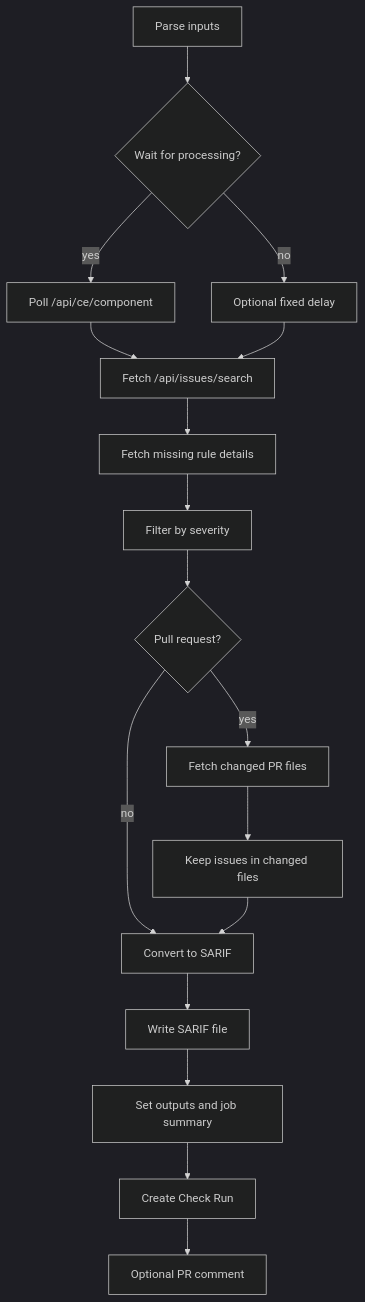
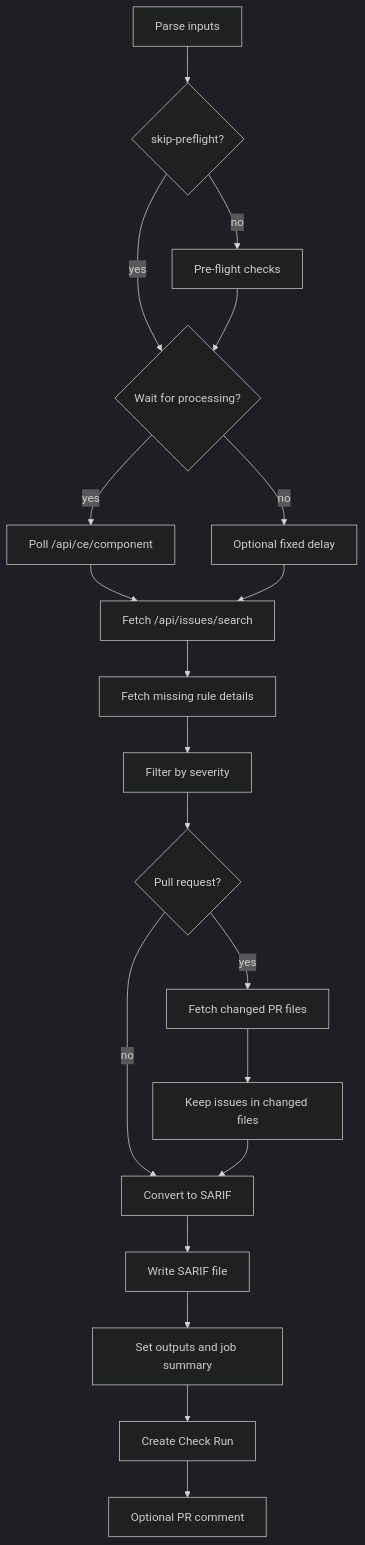
The diagram in docs/RFC-001-technical-design.md (vmvarela/sonarqube-sarif), drawn with Mermaid (dark theme) before and after one commit. The commit also changed other lines of this file and 1 other file, not shown here.

First line of the commit message:
docs: reflect pre-flight validation in README and RFC-001

````diff
--- a/docs/RFC-001-technical-design.md
+++ b/docs/RFC-001-technical-design.md
@@ -39,19 +40,22 @@
 ```mermaid
 flowchart TD
-    A[Parse inputs] --> B{Wait for processing?}
-    B -->|yes| C[Poll /api/ce/component]
-    B -->|no| D[Optional fixed delay]
-    C --> E[Fetch /api/issues/search]
-    D --> E
-    E --> F[Fetch missing rule details]
-    F --> G[Filter by severity]
-    G --> H{Pull request?}
-    H -->|yes| I[Fetch changed PR files]
-    H -->|no| J[Convert to SARIF]
-    I --> K[Keep issues in changed files]
-    K --> J
-    J --> L[Write SARIF file]
-    L --> M[Set outputs and job summary]
-    M --> N[Create Check Run]
-    N --> O[Optional PR comment]
+    A[Parse inputs] --> B{skip-preflight?}
+    B -->|no| C[Pre-flight checks]
+    B -->|yes| D{Wait for processing?}
+    C --> D
+    D -->|yes| E[Poll /api/ce/component]
+    D -->|no| F[Optional fixed delay]
+    E --> G[Fetch /api/issues/search]
+    F --> G
+    G --> H[Fetch missing rule details]
+    H --> I[Filter by severity]
+    I --> J{Pull request?}
+    J -->|yes| K[Fetch changed PR files]
+    J -->|no| L[Convert to SARIF]
+    K --> M[Keep issues in changed files]
+    M --> L
+    L --> N[Write SARIF file]
+    N --> O[Set outputs and job summary]
+    O --> P[Create Check Run]
+    P --> Q[Optional PR comment]
 ```
````
